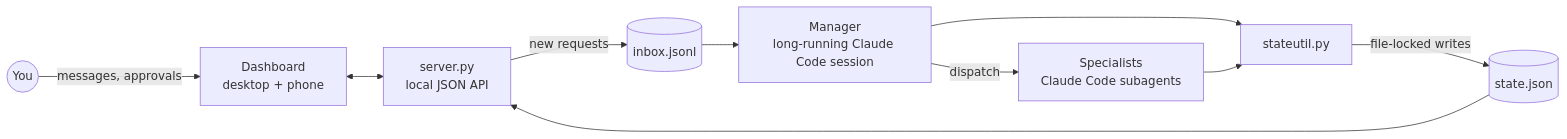
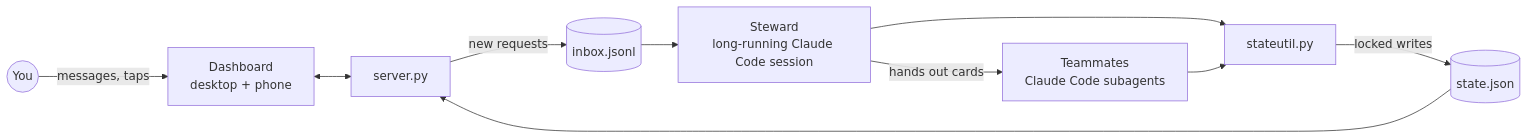
One commit to dxu2/underthread changed the diagram in README.md. Above: the diagram before and after it, drawn with Mermaid. The commit also changed other lines of this file and 16 other files, not shown here.

````diff
--- a/README.md
+++ b/README.md
@@ -68,12 +169,12 @@
 ```mermaid
 flowchart LR
-  You((You)) -- messages, approvals --> UI[Dashboard<br/>desktop + phone]
-  UI <--> SRV[server.py<br/>local JSON API]
+  You((You)) -- messages, taps --> UI[Dashboard<br/>desktop + phone]
+  UI <--> SRV[server.py]
   SRV -- new requests --> IN[(inbox.jsonl)]
-  IN --> MGR[Manager<br/>long-running Claude Code session]
-  MGR -- dispatch --> AG[Specialists<br/>Claude Code subagents]
+  IN --> MGR[Steward<br/>long-running Claude Code session]
+  MGR -- hands out cards --> AG[Teammates<br/>Claude Code subagents]
   MGR --> SU[stateutil.py]
   AG --> SU
-  SU -- file-locked writes --> ST[(state.json)]
+  SU -- locked writes --> ST[(state.json)]
   ST --> SRV
 ```
````
